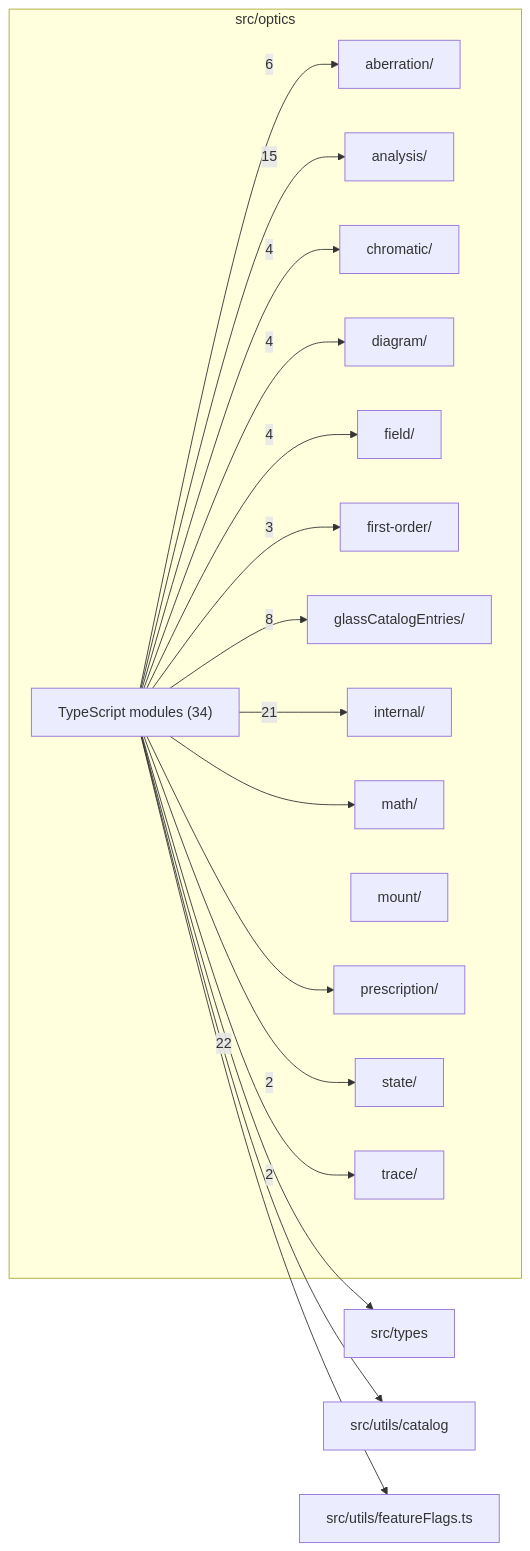
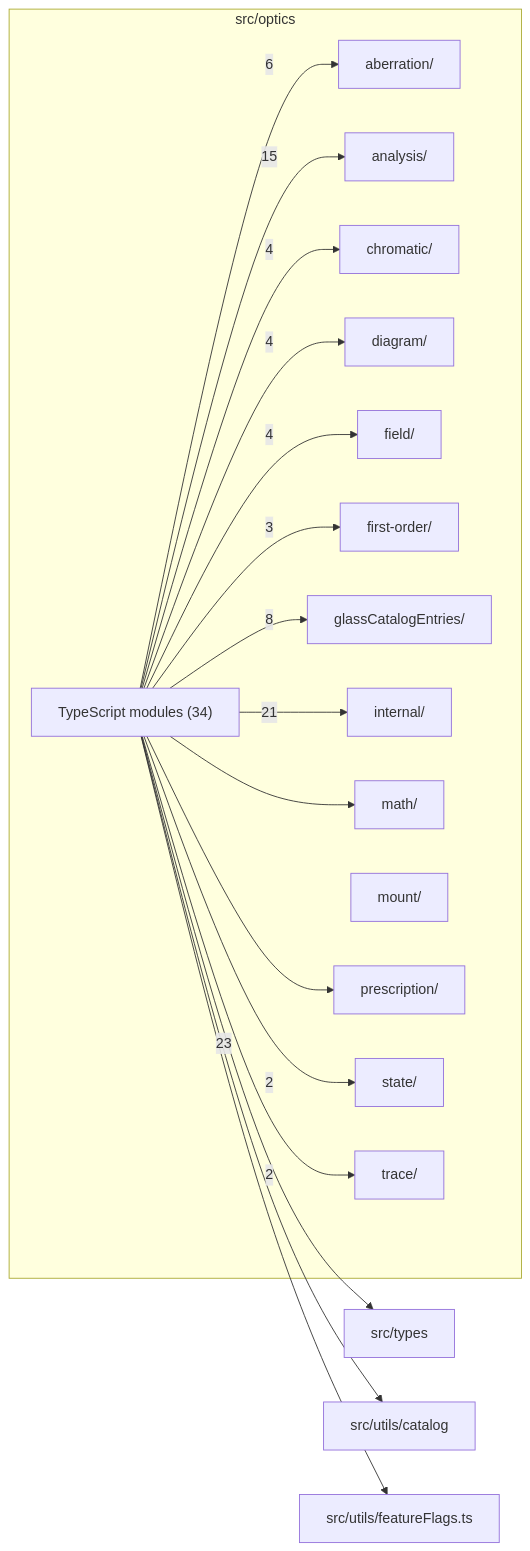
The diagram in src/optics/readme.md (ronbuening/LensVisualizer), drawn with Mermaid before and after one commit. The commit also changed other lines of this file and 17 other files, not shown here.

First line of the commit message:
N5: single-source the aspheric coefficient schema

````diff
--- a/src/optics/readme.md
+++ b/src/optics/readme.md
@@ -9,37 +9,37 @@
 ```mermaid
 flowchart LR
   subgraph n_src_optics["src/optics"]
     n_src_optics_src_optics_aberration["aberration/"]
     n_src_optics_src_optics_analysis["analysis/"]
     n_src_optics_src_optics_chromatic["chromatic/"]
     n_src_optics_src_optics_diagram["diagram/"]
     n_src_optics_src_optics_field["field/"]
     n_src_optics_src_optics_first_order["first-order/"]
     n_src_optics_src_optics_glassCatalogEntries["glassCatalogEntries/"]
     n_src_optics_src_optics_internal["internal/"]
     n_src_optics_src_optics_math["math/"]
     n_src_optics_src_optics_mount["mount/"]
     n_src_optics_src_optics_prescription["prescription/"]
     n_src_optics_src_optics_state["state/"]
     n_src_optics_src_optics_trace["trace/"]
     n_src_optics_TypeScript_modules["TypeScript modules (34)"]
   end
   n_external_src_types["src/types"]
   n_external_src_utils_catalog["src/utils/catalog"]
   n_external_src_utils_featureFlags_ts["src/utils/featureFlags.ts"]
-  n_src_optics_TypeScript_modules --> |22| n_external_src_types
+  n_src_optics_TypeScript_modules --> |23| n_external_src_types
   n_src_optics_TypeScript_modules --> |21| n_src_optics_src_optics_internal
   n_src_optics_TypeScript_modules --> |15| n_src_optics_src_optics_analysis
   n_src_optics_TypeScript_modules --> |8| n_src_optics_src_optics_glassCatalogEntries
   n_src_optics_TypeScript_modules --> |6| n_src_optics_src_optics_aberration
   n_src_optics_TypeScript_modules --> |4| n_src_optics_src_optics_chromatic
   n_src_optics_TypeScript_modules --> |4| n_src_optics_src_optics_diagram
   n_src_optics_TypeScript_modules --> |4| n_src_optics_src_optics_field
   n_src_optics_TypeScript_modules --> |3| n_src_optics_src_optics_first_order
   n_src_optics_TypeScript_modules --> |2| n_src_optics_src_optics_state
   n_src_optics_TypeScript_modules --> |2| n_src_optics_src_optics_trace
   n_src_optics_TypeScript_modules --> n_external_src_utils_catalog
   n_src_optics_TypeScript_modules --> n_external_src_utils_featureFlags_ts
   n_src_optics_TypeScript_modules --> n_src_optics_src_optics_math
   n_src_optics_TypeScript_modules --> n_src_optics_src_optics_prescription
 ```
````
